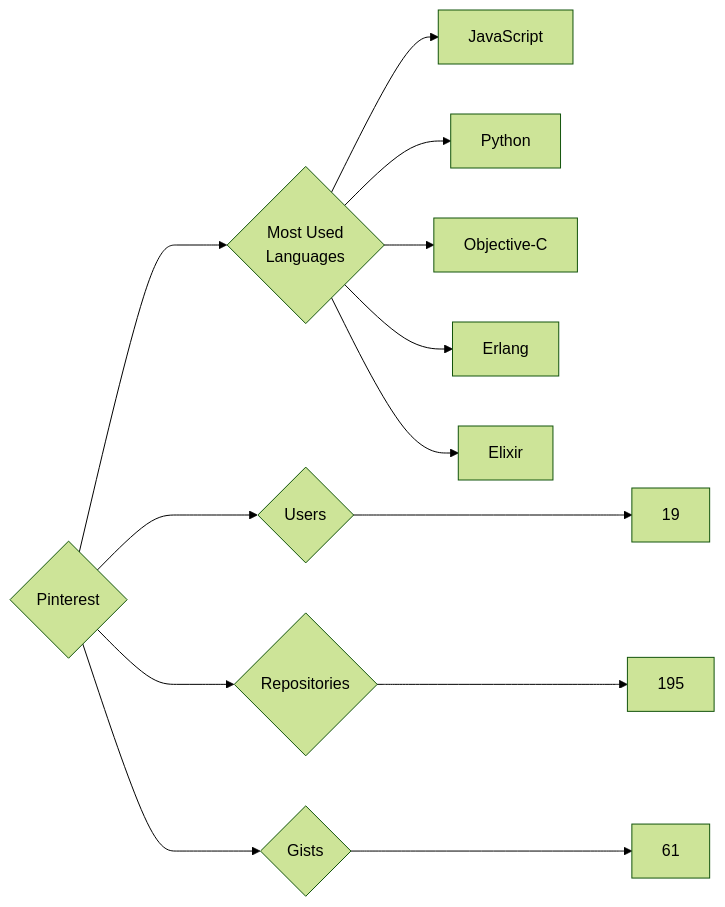
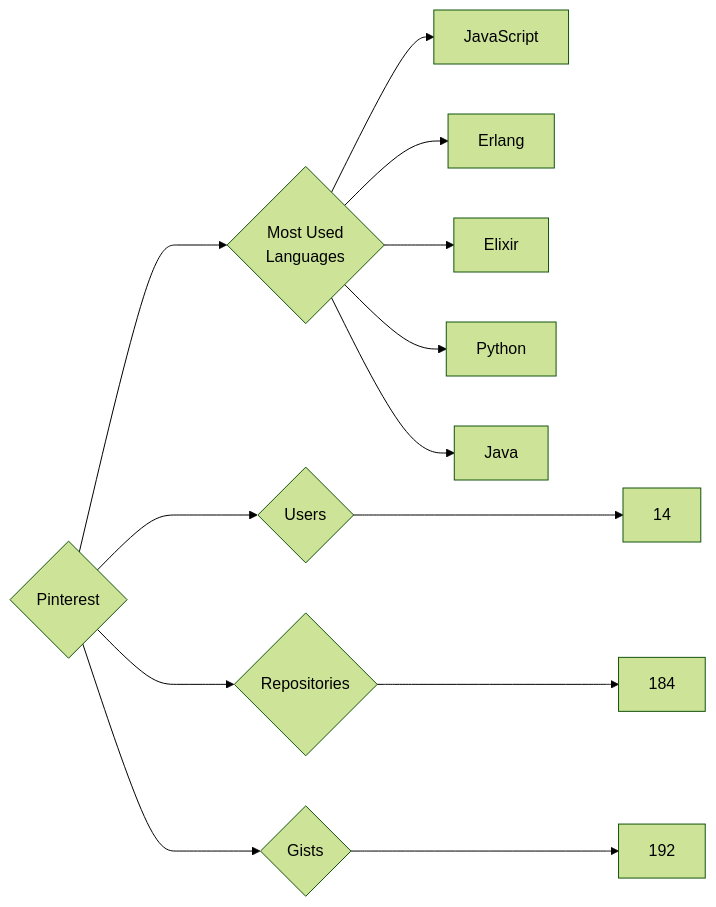
One commit to trickest/insiders changed the diagram in targets/Pinterest/README.md. Above: the diagram before and after it, drawn with Mermaid (forest theme). The commit also changed 976 other files, not shown here.

````diff
--- a/targets/Pinterest/README.md
+++ b/targets/Pinterest/README.md
@@ -3,13 +3,13 @@
 ```mermaid
 graph LR
 COMPANY_NAME{Pinterest}
-COMPANY_NAME ---> U{Users} ---> UN[19]
-COMPANY_NAME ---> R{Repositories} ---> RN[195]
-COMPANY_NAME ---> G{Gists} ---> GN[61]
+COMPANY_NAME ---> U{Users} ---> UN[14]
+COMPANY_NAME ---> R{Repositories} ---> RN[184]
+COMPANY_NAME ---> G{Gists} ---> GN[192]
 COMPANY_NAME ---> ML{Most Used<br>Languages}
 ML --> JavaScript[JavaScript]
-ML --> Python[Python]
-ML --> Objective-C[Objective-C]
 ML --> Erlang[Erlang]
 ML --> Elixir[Elixir]
+ML --> Python[Python]
+ML --> Java[Java]
 ```
````
